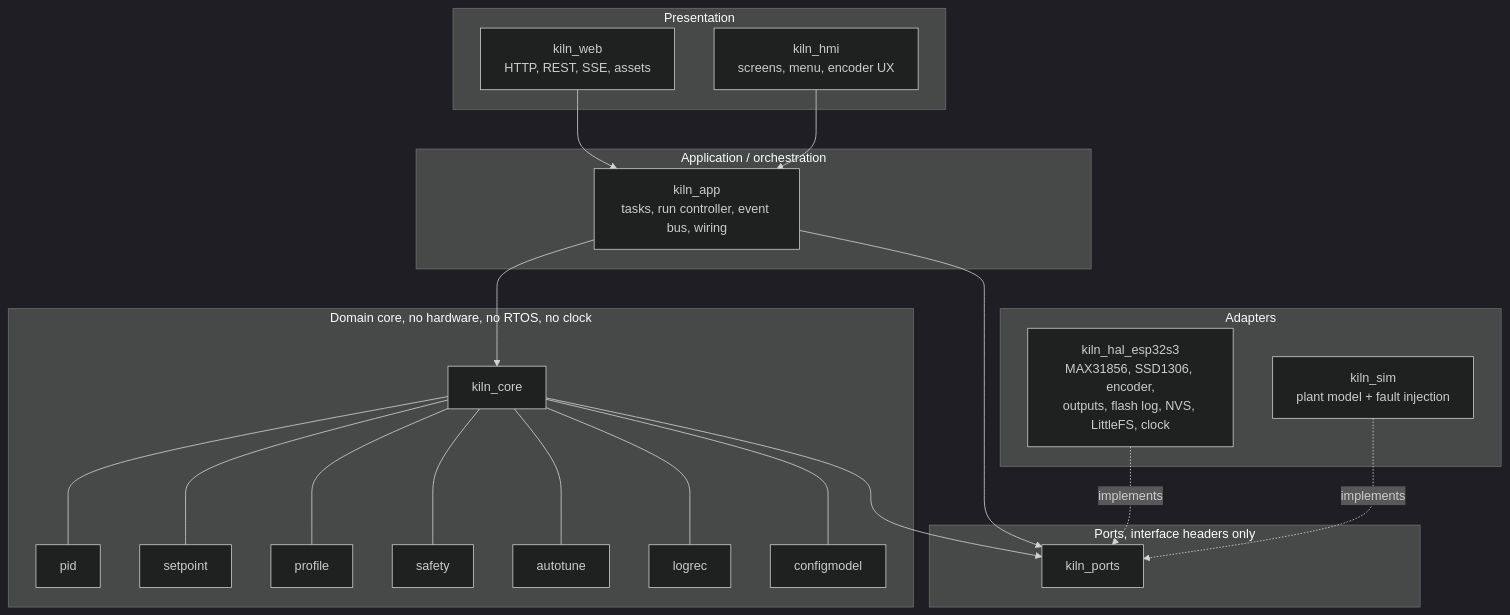
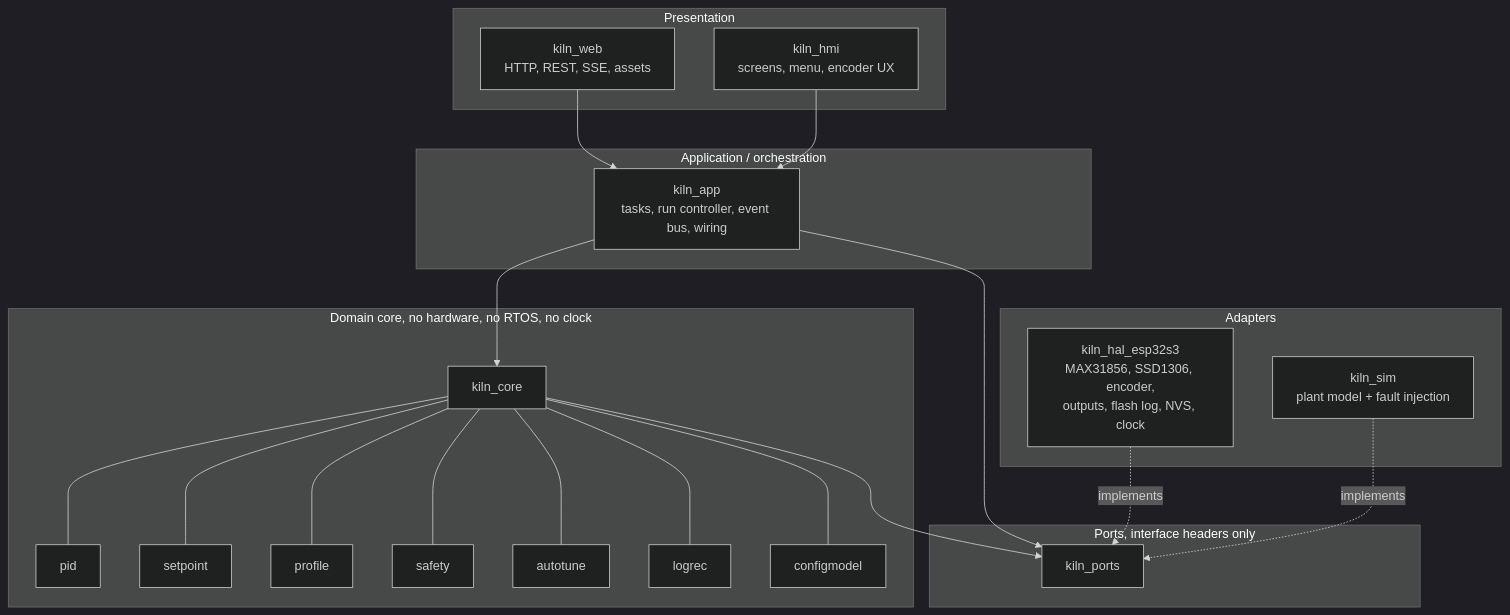
The first of 7 diagrams in docs/architecture.md (bitcrushtesting/SafeKilnController), drawn with Mermaid (dark theme) before and after one commit. The commit also changed other lines of this file and 94 other files, not shown here.

````diff
--- a/docs/architecture.md
+++ b/docs/architecture.md
@@ -72,42 +73,42 @@
 ```mermaid
 flowchart TD
     subgraph L4["Presentation"]
         WEB["kiln_web<br/>HTTP, REST, SSE, assets"]
         HMI["kiln_hmi<br/>screens, menu, encoder UX"]
     end
     subgraph L3["Application / orchestration"]
         APP["kiln_app<br/>tasks, run controller, event bus, wiring"]
     end
     subgraph L2["Domain core, no hardware, no RTOS, no clock"]
         CORE["kiln_core"]
         PID["pid"]
         SPG["setpoint"]
         PROF["profile"]
         SAFE["safety"]
         TUNE["autotune"]
         REC["logrec"]
         CFG["configmodel"]
     end
     subgraph L1["Ports, interface headers only"]
         PORTS["kiln_ports"]
     end
     subgraph L0["Adapters"]
-        HAL["kiln_hal_esp32s3<br/>MAX31856, SSD1306, encoder,<br/>outputs, flash log, NVS, LittleFS, clock"]
+        HAL["kiln_hal_esp32s3<br/>MAX31856, SSD1306, encoder,<br/>outputs, flash log, NVS, clock"]
         SIM["kiln_sim<br/>plant model + fault injection"]
     end
 
     WEB --> APP
     HMI --> APP
     APP --> CORE
     APP --> PORTS
     CORE --> PORTS
     HAL -.implements.-> PORTS
     SIM -.implements.-> PORTS
     CORE --- PID
     CORE --- SPG
     CORE --- PROF
     CORE --- SAFE
     CORE --- TUNE
     CORE --- REC
     CORE --- CFG
 ```
````
